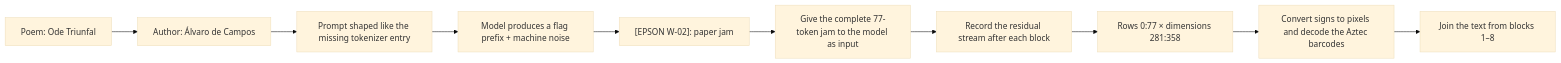
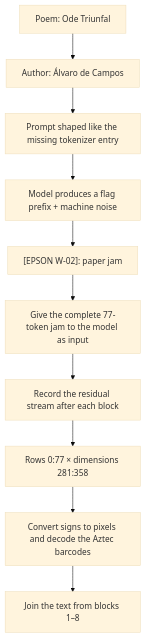
The diagram in README.md (t-var-s/arcusprize01), drawn with Mermaid (base theme) before and after one commit.

Commit message:
change flowchart orientation

````diff
--- a/README.md
+++ b/README.md
@@ -32,12 +32,12 @@
 ```mermaid
-flowchart LR
+flowchart TD
     A["Poem: Ode Triunfal"] --> B["Author: Álvaro de Campos"]
     B --> C["Prompt shaped like the missing tokenizer entry"]
     C --> D["Model produces a flag prefix + machine noise"]
     D --> E["[EPSON W-02]: paper jam"]
     E --> F["Give the complete 77-token jam to the model as input"]
     F --> G["Record the residual stream after each block"]
     G --> H["Rows 0:77 × dimensions 281:358"]
     H --> I["Convert signs to pixels and decode the Aztec barcodes"]
     I --> J["Join the text from blocks 1–8"]
 ```
````
